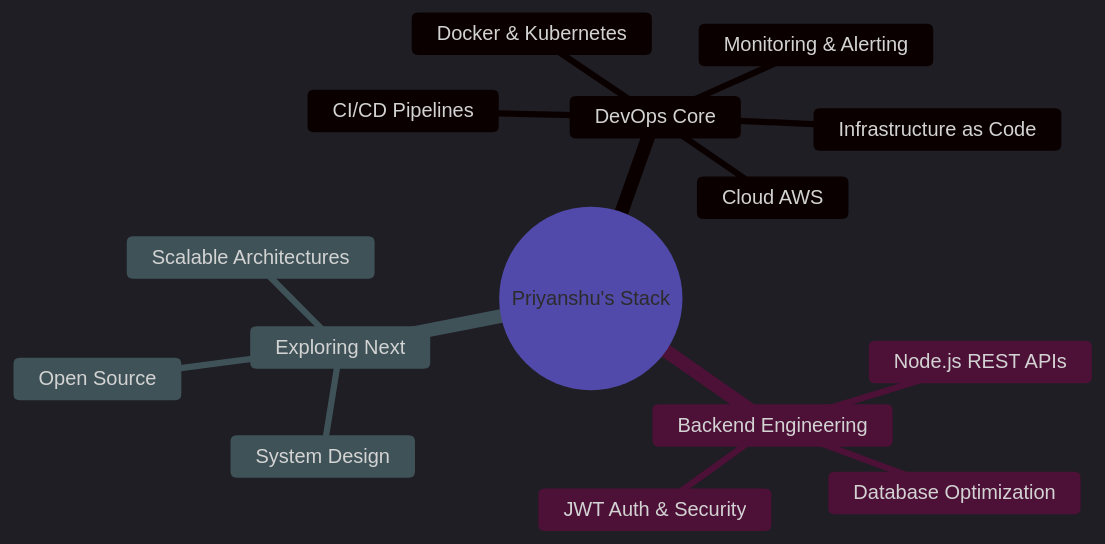
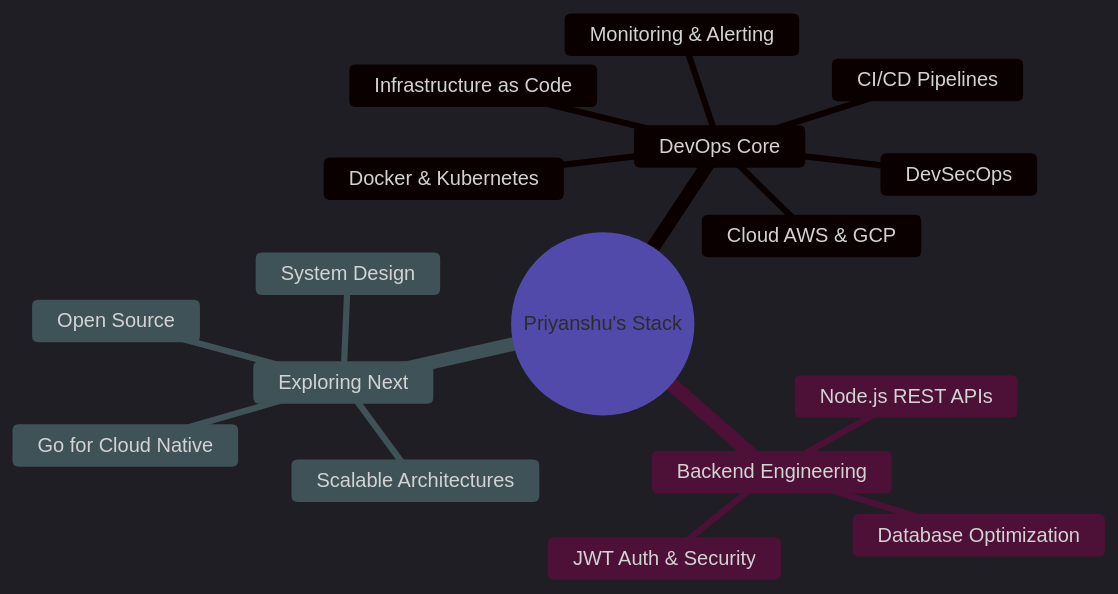
One commit to Priyanshu-2545/Priyanshu-2545 changed the second of 2 diagrams in README.md. Above: the diagram before and after it, drawn with Mermaid. The commit also changed other lines of this file, not shown here.

````diff
--- a/README.md
+++ b/README.md
@@ -215,26 +324,28 @@
 ```mermaid
 %%{init: {'theme':'dark', 'themeVariables': { 
   'primaryColor':'#00d4ff', 
   'primaryTextColor':'#ffffff', 
   'primaryBorderColor':'#302b63', 
   'lineColor':'#00d4ff', 
   'secondaryColor':'#302b63', 
   'tertiaryColor':'#0f0c29'
 }}}%%
 mindmap
   root((Priyanshu's Stack))
     DevOps Core
       CI/CD Pipelines
       Docker & Kubernetes
       Infrastructure as Code
-      Cloud AWS
+      Cloud AWS & GCP
       Monitoring & Alerting
+      DevSecOps
     Backend Engineering
       Node.js REST APIs
       Database Optimization
       JWT Auth & Security
     Exploring Next
+      Go for Cloud Native
       System Design
       Open Source
       Scalable Architectures
 ```
````
